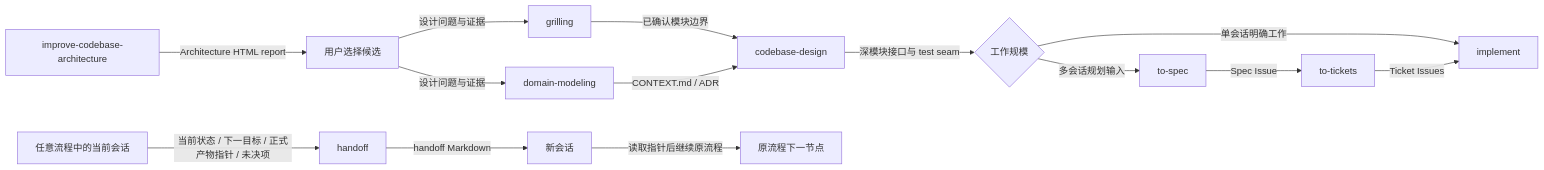
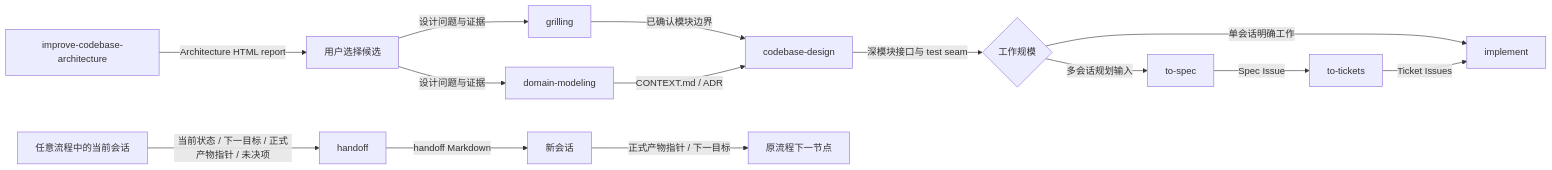
One commit to kangapp/ai-knowledge-base changed the fifth of 5 diagrams in docs/analysis/mattpocock-skills/skills-workflow-diagram.md. Above: the diagram before and after it, drawn with Mermaid. The commit also changed other lines of this file, not shown here.

Commit message:
docs: clarify skills diagram artifact edges

````diff
--- a/docs/analysis/mattpocock-skills/skills-workflow-diagram.md
+++ b/docs/analysis/mattpocock-skills/skills-workflow-diagram.md
@@ -197,17 +199,17 @@
 ```mermaid
 flowchart LR
     Improve["improve-codebase-architecture"] -->|"Architecture HTML report"| Choose["用户选择候选"]
     Choose -->|"设计问题与证据"| Grilling["grilling"]
     Choose -->|"设计问题与证据"| Domain["domain-modeling"]
     Grilling -->|"已确认模块边界"| Design["codebase-design"]
     Domain -->|"CONTEXT.md / ADR"| Design
     Design -->|"深模块接口与 test seam"| Scale{"工作规模"}
     Scale -->|"单会话明确工作"| Implement["implement"]
     Scale -->|"多会话规划输入"| ToSpec["to-spec"]
     ToSpec -->|"Spec Issue"| ToTickets["to-tickets"]
     ToTickets -->|"Ticket Issues"| Implement
 
     AnySession["任意流程中的当前会话"] -->|"当前状态 / 下一目标 / 正式产物指针 / 未决项"| Handoff["handoff"]
     Handoff -->|"handoff Markdown"| NewSession["新会话"]
-    NewSession -->|"读取指针后继续原流程"| Resume["原流程下一节点"]
+    NewSession -->|"正式产物指针 / 下一目标"| Resume["原流程下一节点"]
 ```
````
